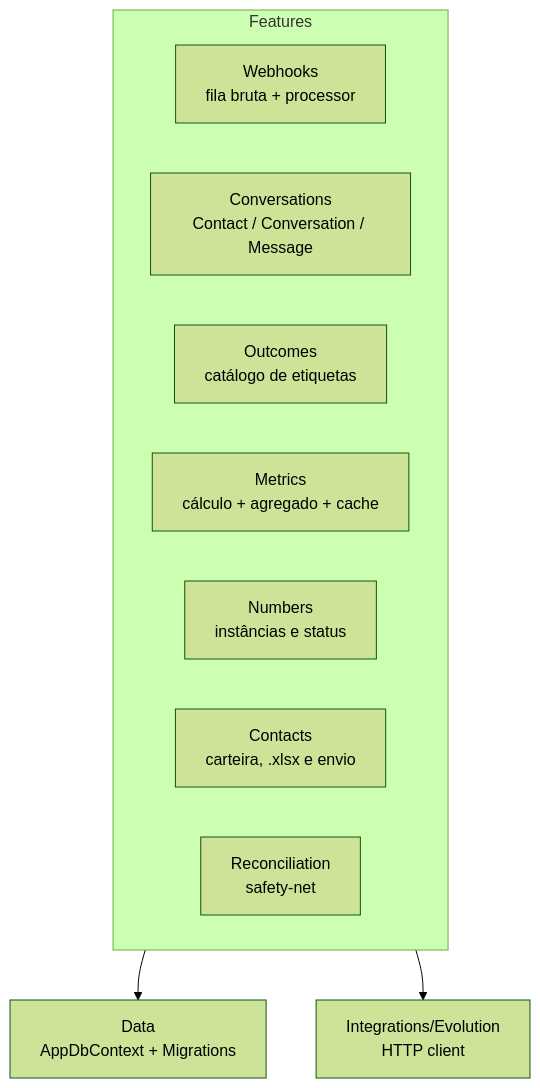
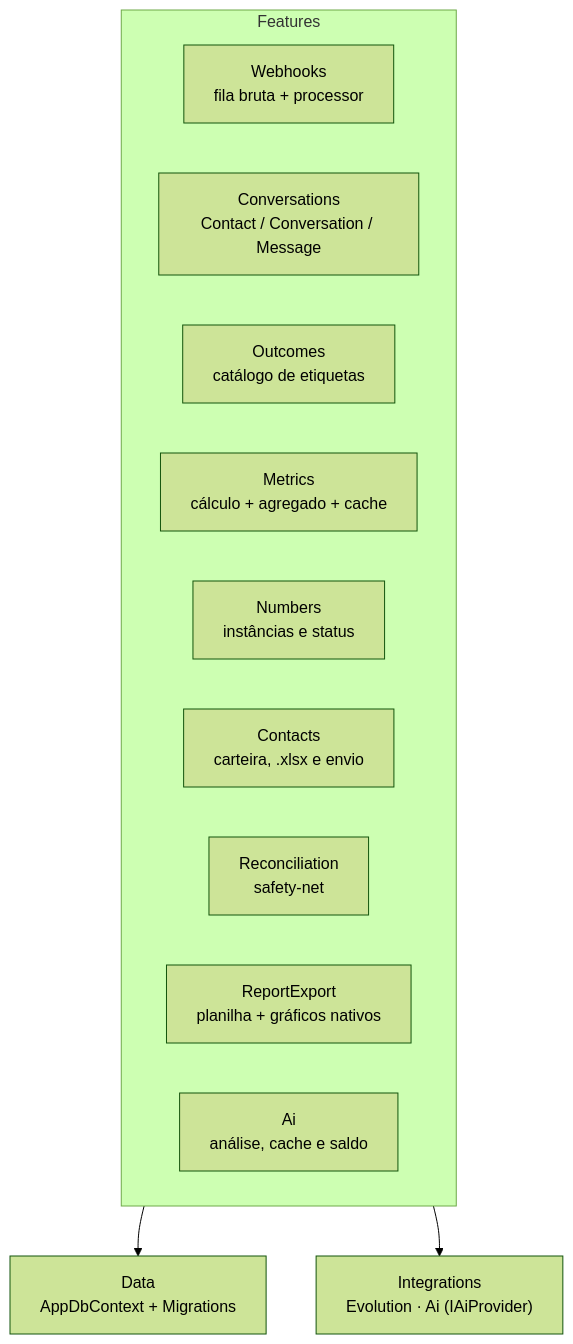
Before and after one commit to IgorCoura/monitor-vendas: the second of 3 diagrams in README.md, drawn with Mermaid (forest theme). The commit also changed other lines of this file and 58 other files, not shown here.

````diff
--- a/README.md
+++ b/README.md
@@ -98,15 +105,17 @@
 ```mermaid
 flowchart TB
     subgraph Features
       direction LR
       W["Webhooks<br/>fila bruta + processor"]
       C["Conversations<br/>Contact / Conversation / Message"]
       O["Outcomes<br/>catálogo de etiquetas"]
       M["Metrics<br/>cálculo + agregado + cache"]
       N["Numbers<br/>instâncias e status"]
       K["Contacts<br/>carteira, .xlsx e envio"]
       R["Reconciliation<br/>safety-net"]
+      X["ReportExport<br/>planilha + gráficos nativos"]
+      Z["Ai<br/>análise, cache e saldo"]
     end
     Features --> D["Data<br/>AppDbContext + Migrations"]
-    Features --> I["Integrations/Evolution<br/>HTTP client"]
+    Features --> I["Integrations<br/>Evolution · Ai (IAiProvider)"]
 ```
````
